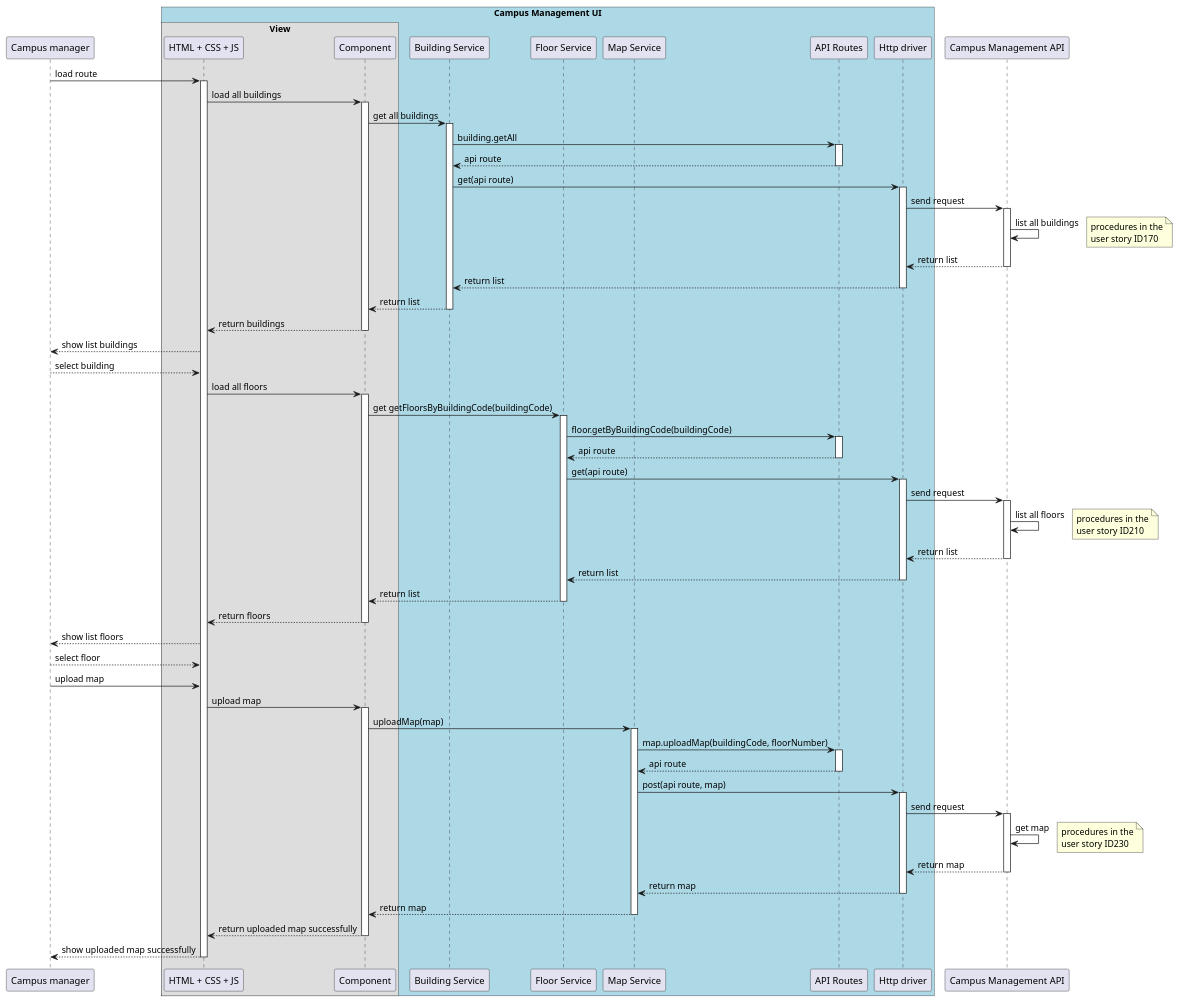
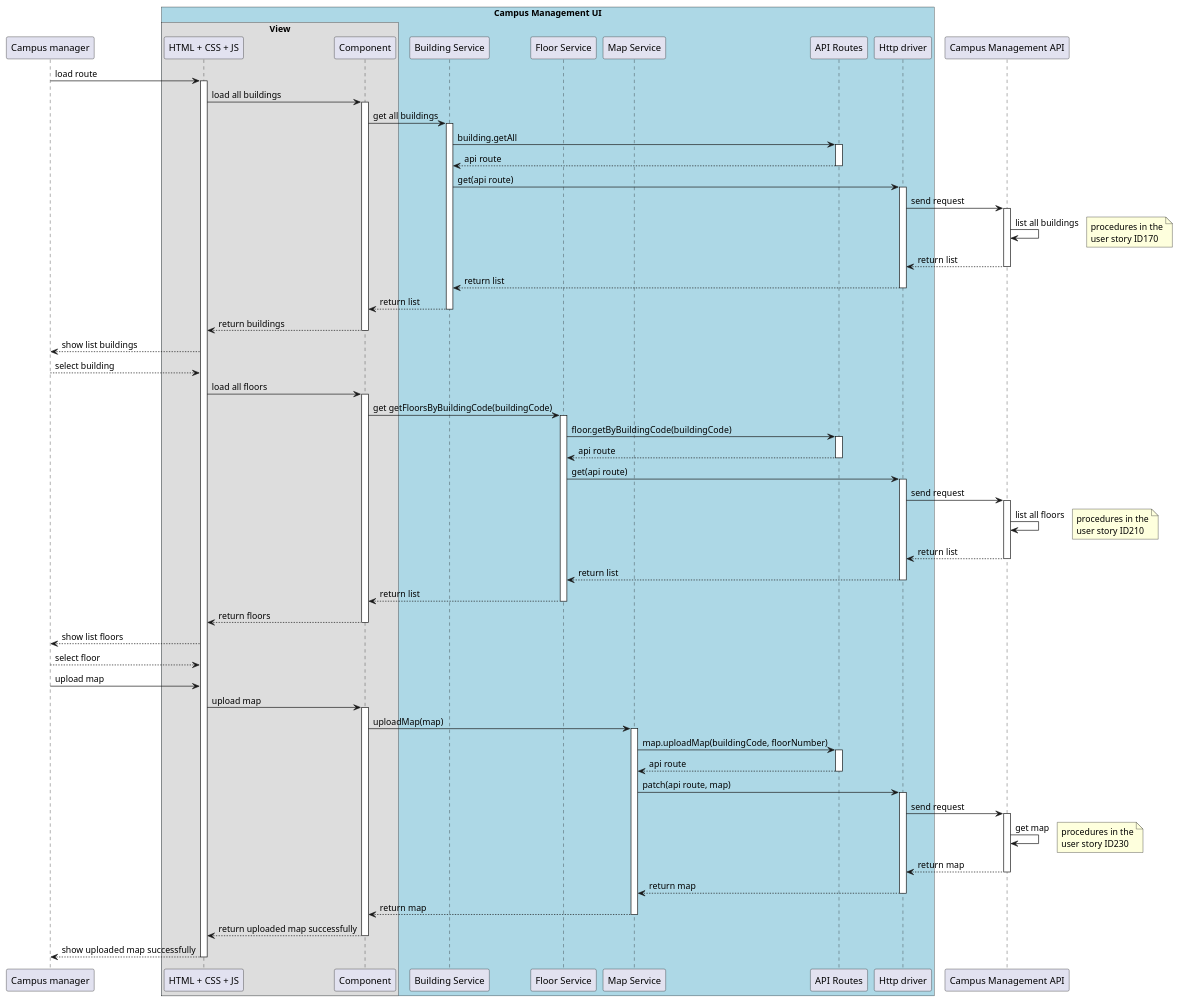
Before and after one commit to winqus/RobDroneGo: the diagram in docs/US/ID-1120/SD lv3.puml, drawn with PlantUML.

Commit message:
small update in sd lv3 of us 1120

```diff
--- a/docs/US/ID-1120/SD lv3.puml
+++ b/docs/US/ID-1120/SD lv3.puml
@@ -1,138 +1,138 @@
 @startuml SD Lv3
 
 !pragma teoz true
 
 participant "Campus manager" as Campus
 box "Campus Management UI" #LightBlue
 
     box "View"
         participant "HTML + CSS + JS" as html
         participant "Component" as component
     end box
     participant "Building Service" as buildingService
     participant "Floor Service" as floorService
     participant "Map Service" as mapService
     participant "API Routes" as API_ROUTES
     participant "Http driver" as http
 
 end box
 participant "Campus Management API" as CampusAPI
 
 
 Campus -> html : load route
 activate html
 
     html -> component : load all buildings
     activate component
 
         component -> buildingService : get all buildings
         activate buildingService
 
             buildingService -> API_ROUTES : building.getAll
             activate API_ROUTES
 
             API_ROUTES --> buildingService : api route
             deactivate API_ROUTES
 
             buildingService -> http : get(api route)
             activate http
 
                 http -> CampusAPI : send request
                 activate CampusAPI
 
                     CampusAPI -> CampusAPI : list all buildings
                     note right : procedures in the\nuser story ID170
                     
                 CampusAPI --> http : return list
                 deactivate CampusAPI
 
             http --> buildingService : return list
             deactivate http
 
         buildingService --> component : return list
         deactivate buildingService
 
     component --> html : return buildings
     deactivate component
 
 html --> Campus : show list buildings
 
 Campus --> html : select building
 
     html -> component : load all floors
     activate component
 
         component -> floorService : get getFloorsByBuildingCode(buildingCode)
         activate floorService
 
             floorService -> API_ROUTES : floor.getByBuildingCode(buildingCode)
             activate API_ROUTES
 
             API_ROUTES --> floorService : api route
             deactivate API_ROUTES
 
             floorService -> http : get(api route)
             activate http
 
                 http -> CampusAPI : send request
                 activate CampusAPI
 
                     CampusAPI -> CampusAPI : list all floors
                     note right : procedures in the\nuser story ID210
                     
                 CampusAPI --> http : return list
                 deactivate CampusAPI
 
             http --> floorService : return list
             deactivate http
 
         floorService --> component : return list
         deactivate floorService
     
     component --> html : return floors
     deactivate component
 
 html --> Campus : show list floors
 
 Campus --> html : select floor
 
 Campus -> html : upload map
 
     html -> component : upload map
     activate component
 
         component -> mapService : uploadMap(map)
         activate mapService
 
             mapService -> API_ROUTES : map.uploadMap(buildingCode, floorNumber)
             activate API_ROUTES
 
             API_ROUTES --> mapService : api route
             deactivate API_ROUTES
 
-            mapService -> http : post(api route, map)
+            mapService -> http : patch(api route, map)
             activate http
 
                 http -> CampusAPI : send request
                 activate CampusAPI
 
                     CampusAPI -> CampusAPI : get map
                     note right : procedures in the\nuser story ID230
                     
                 CampusAPI --> http : return map
                 deactivate CampusAPI
 
             http --> mapService : return map
             deactivate http
 
         mapService --> component : return map
         deactivate mapService
 
     component --> html : return uploaded map successfully
     deactivate component
 
 html --> Campus : show uploaded map successfully
 deactivate html
 
 
 @enduml
```
